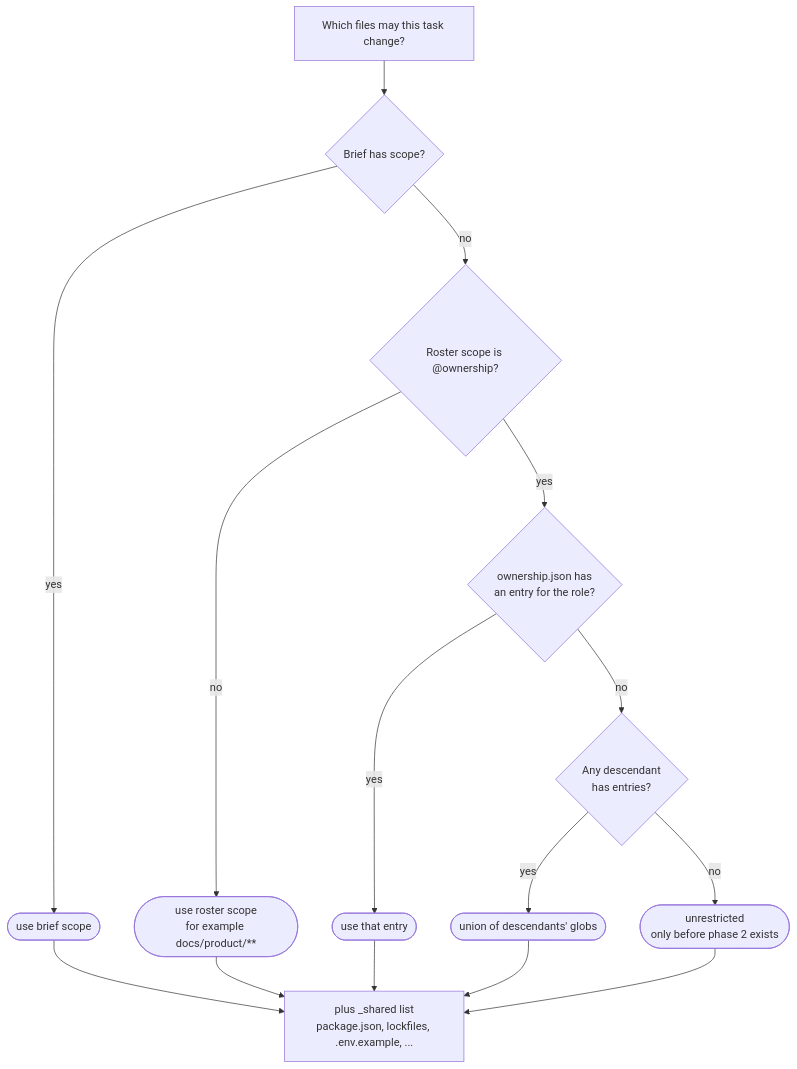
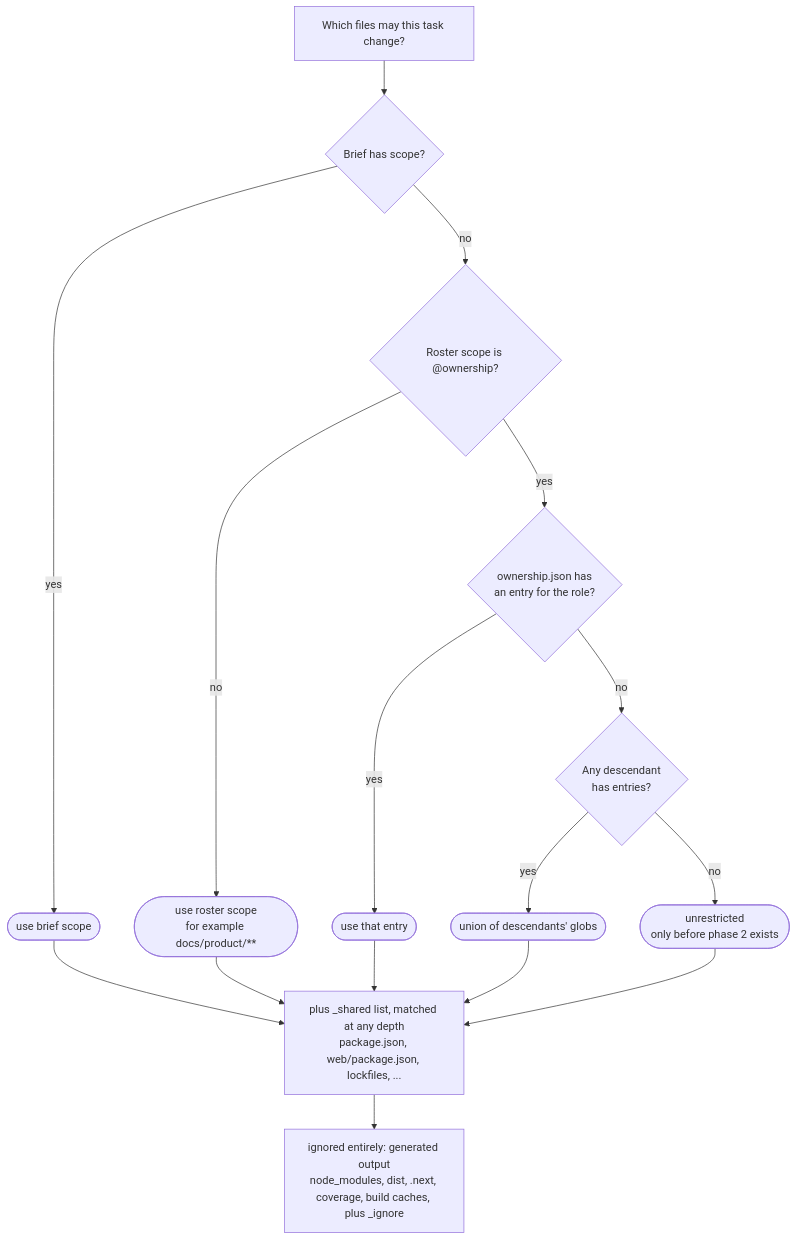
The second of 3 diagrams in docs/system/05-verification-pipeline.md (Waleed178-del/lets-do-it), drawn with Mermaid before and after one commit. The commit also changed other lines of this file and 14 other files, not shown here.

First line of the commit message:
Enforce delegation in the engine, add @commands verify, diagrams for 2.0

````diff
--- a/docs/system/05-verification-pipeline.md
+++ b/docs/system/05-verification-pipeline.md
@@ -43,13 +43,14 @@
 ```mermaid
 flowchart TD
     S["Which files may this task change?"] --> A{"Brief has scope?"}
     A -->|yes| A1(["use brief scope"])
     A -->|no| B{"Roster scope is @ownership?"}
     B -->|no| B1(["use roster scope<br/>for example docs/product/**"])
     B -->|yes| C{"ownership.json has<br/>an entry for the role?"}
     C -->|yes| C1(["use that entry"])
     C -->|no| D{"Any descendant<br/>has entries?"}
     D -->|yes| D1(["union of descendants' globs"])
     D -->|no| D2(["unrestricted<br/>only before phase 2 exists"])
-    A1 & B1 & C1 & D1 & D2 --> Plus["plus _shared list<br/>package.json, lockfiles, .env.example, ..."]
+    A1 & B1 & C1 & D1 & D2 --> Plus["plus _shared list, matched at any depth<br/>package.json, web/package.json, lockfiles, ..."]
+    Plus --> Ign["ignored entirely: generated output<br/>node_modules, dist, .next, coverage, build caches, plus _ignore"]
 ```
````
